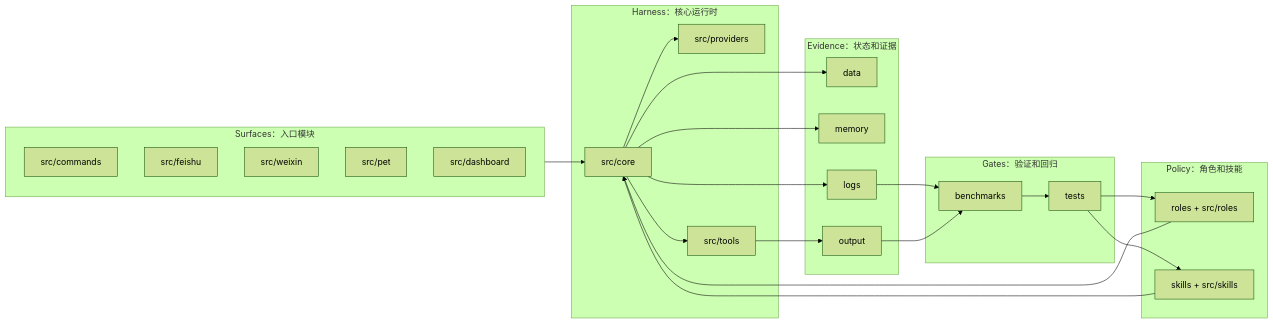
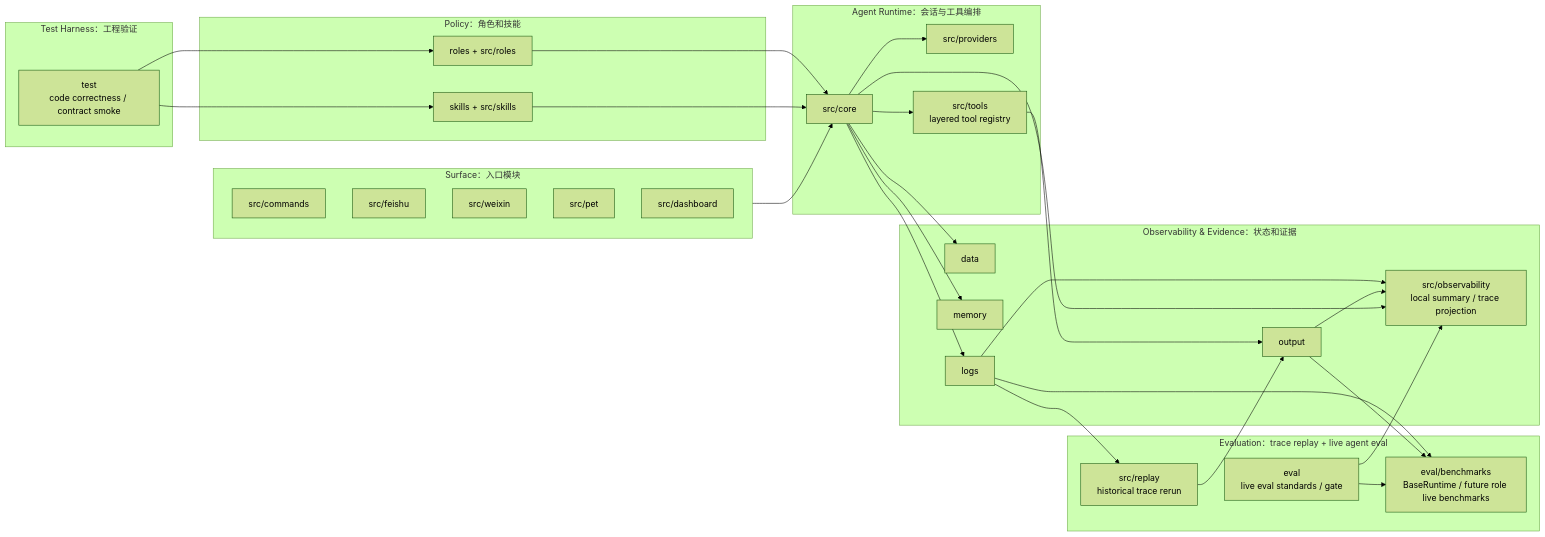
One commit to fightheyyy/XiaoBa-CLI changed the second of 3 diagrams in docs/SPEC.md. Above: the diagram before and after it, drawn with Mermaid (forest theme). The commit also changed other lines of this file and 155 other files, not shown here.

Commit message:
Add live eval boundary and trace replay

````diff
--- a/docs/SPEC.md
+++ b/docs/SPEC.md
@@ -104,48 +130,60 @@
 ```mermaid
 flowchart LR
-    subgraph Surfaces["Surfaces：入口模块"]
+    subgraph Surfaces["Surface：入口模块"]
         Commands["src/commands"]
         Feishu["src/feishu"]
         Weixin["src/weixin"]
         Pet["src/pet"]
         Dashboard["src/dashboard"]
     end
 
     subgraph Policy["Policy：角色和技能"]
         Roles["roles + src/roles"]
         Skills["skills + src/skills"]
     end
 
-    subgraph Harness["Harness：核心运行时"]
+    subgraph Harness["Agent Runtime：会话与工具编排"]
         Core["src/core"]
         Providers["src/providers"]
-        Tools["src/tools"]
+        Tools["src/tools<br/>layered tool registry"]
     end
 
-    subgraph Evidence["Evidence：状态和证据"]
+    subgraph Observe["Observability & Evidence：状态和证据"]
         Data["data"]
         Memory["memory"]
         Logs["logs"]
         Output["output"]
+        Observability["src/observability<br/>local summary / trace projection"]
     end
 
-    subgraph Gates["Gates：验证和回归"]
-        Benchmarks["benchmarks"]
-        Tests["tests"]
+    subgraph TestHarness["Test Harness：工程验证"]
+        Test["test<br/>code correctness / contract smoke"]
+    end
+
+    subgraph Evaluation["Evaluation：trace replay + live agent eval"]
+        Replay["src/replay<br/>historical trace rerun"]
+        Eval["eval<br/>live eval standards / gate"]
+        EvalBench["eval/benchmarks<br/>BaseRuntime / future role live benchmarks"]
     end
 
     Surfaces --> Core
     Roles --> Core
     Skills --> Core
     Core --> Providers
     Core --> Tools
     Core --> Data
     Core --> Memory
     Core --> Logs
     Tools --> Output
-    Logs --> Benchmarks
-    Output --> Benchmarks
-    Benchmarks --> Tests
-    Tests --> Roles
-    Tests --> Skills
+    Logs --> Observability
+    Output --> Observability
+    Logs --> Replay
+    Replay --> Output
+    Eval --> EvalBench
+    Logs --> EvalBench
+    Output --> EvalBench
+    Test --> Roles
+    Test --> Skills
+    Core --> Observability
+    Eval --> Observability
 ```
````
